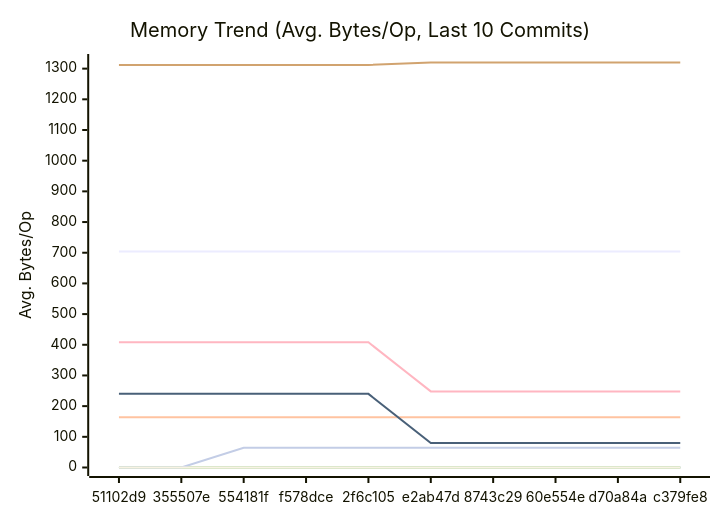
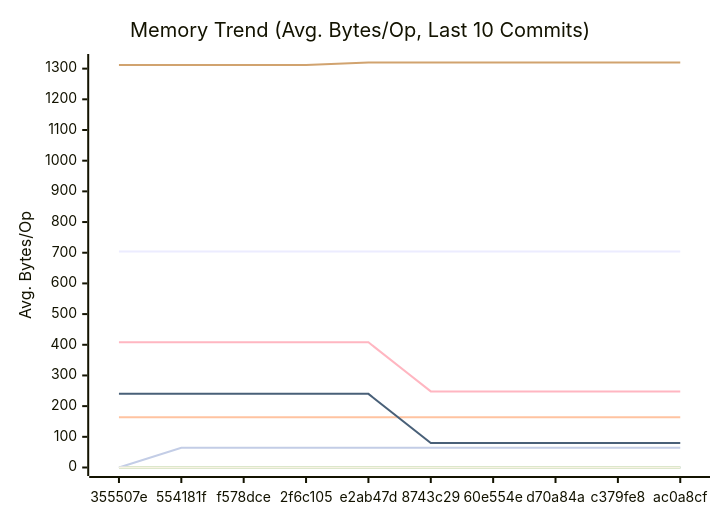
One commit to alsotoes/momo changed the second of 3 diagrams in docs/PERFORMANCE.md. Above: the diagram before and after it, drawn with Mermaid. The commit also changed other lines of this file and 3 other files, not shown here.

````diff
--- a/docs/PERFORMANCE.md
+++ b/docs/PERFORMANCE.md
@@ -152,18 +152,18 @@
 ```mermaid
 xychart-beta
     title "Memory Trend (Avg. Bytes/Op, Last 10 Commits)"
     x-axis "Commit"
     y-axis "Avg. Bytes/Op"
-    x-axis [51102d9,355507e,554181f,f578dce,2f6c105,e2ab47d,8743c29,60e554e,d70a84a,c379fe8]
+    x-axis [355507e,554181f,f578dce,2f6c105,e2ab47d,8743c29,60e554e,d70a84a,c379fe8,ac0a8cf]
     line "CheckMetricsAndSwap" [0,0,0,0,0,0,0,0,0,0]
     line "CrushOptimized" [0,0,0,0,0,0,0,0,0,0]
     line "CrushOriginal" [164,164,164,164,164,164,164,164,164,164]
     line "IndexDirectTracking" [0,0,0,0,0,0,0,0,0,0]
     line "IndexSearch" [0,0,0,0,0,0,0,0,0,0]
-    line "LoadGlobalConfig" [1312,1312,1312,1312,1312,1320,1320,1320,1320,1320]
-    line "PadString" [0,0,64,64,64,64,64,64,64,64]
+    line "LoadGlobalConfig" [1312,1312,1312,1312,1320,1320,1320,1320,1320,1320]
+    line "PadString" [0,64,64,64,64,64,64,64,64,64]
     line "ParseReplicationOrder_NoPrealloc" [408,408,408,408,408,248,248,248,248,248]
     line "ParseReplicationOrder_Prealloc" [240,240,240,240,240,80,80,80,80,80]
     line "SanitizeLog/Safe" [0,0,0,0,0,0,0,0,0,0]
     line "SanitizeLog/Unsafe" [704,704,704,704,704,704,704,704,704,704]
 ```
````
